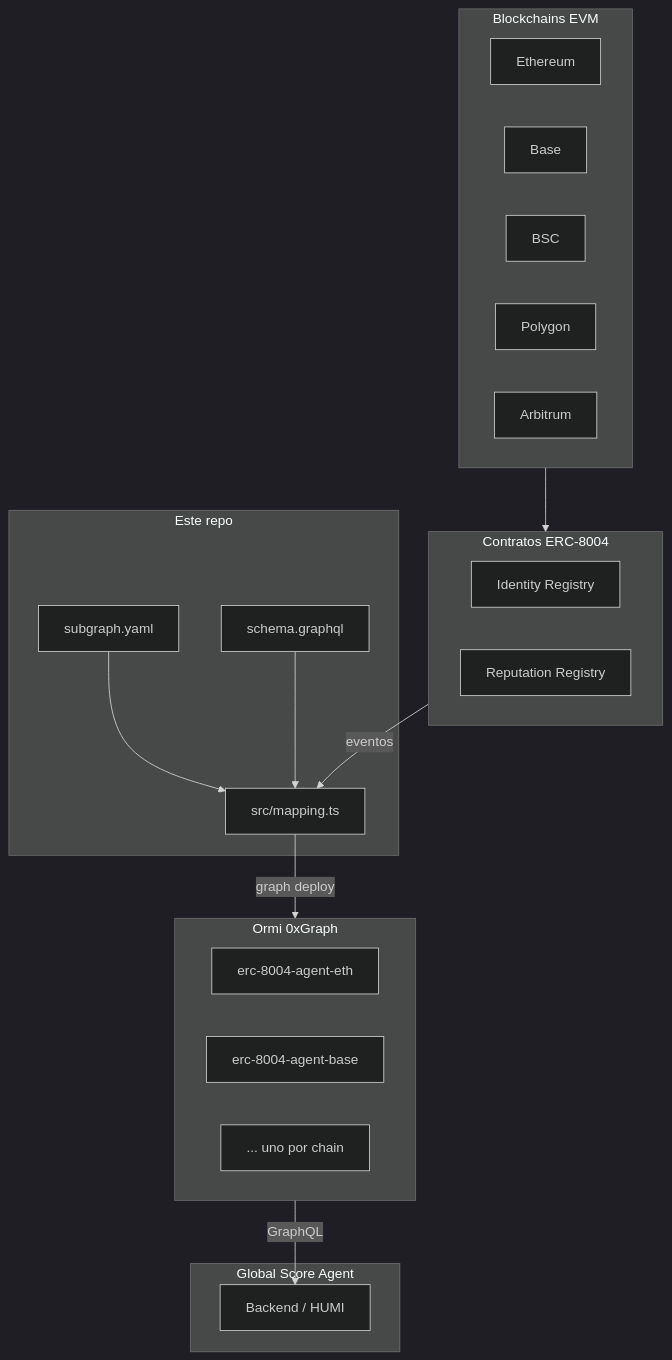
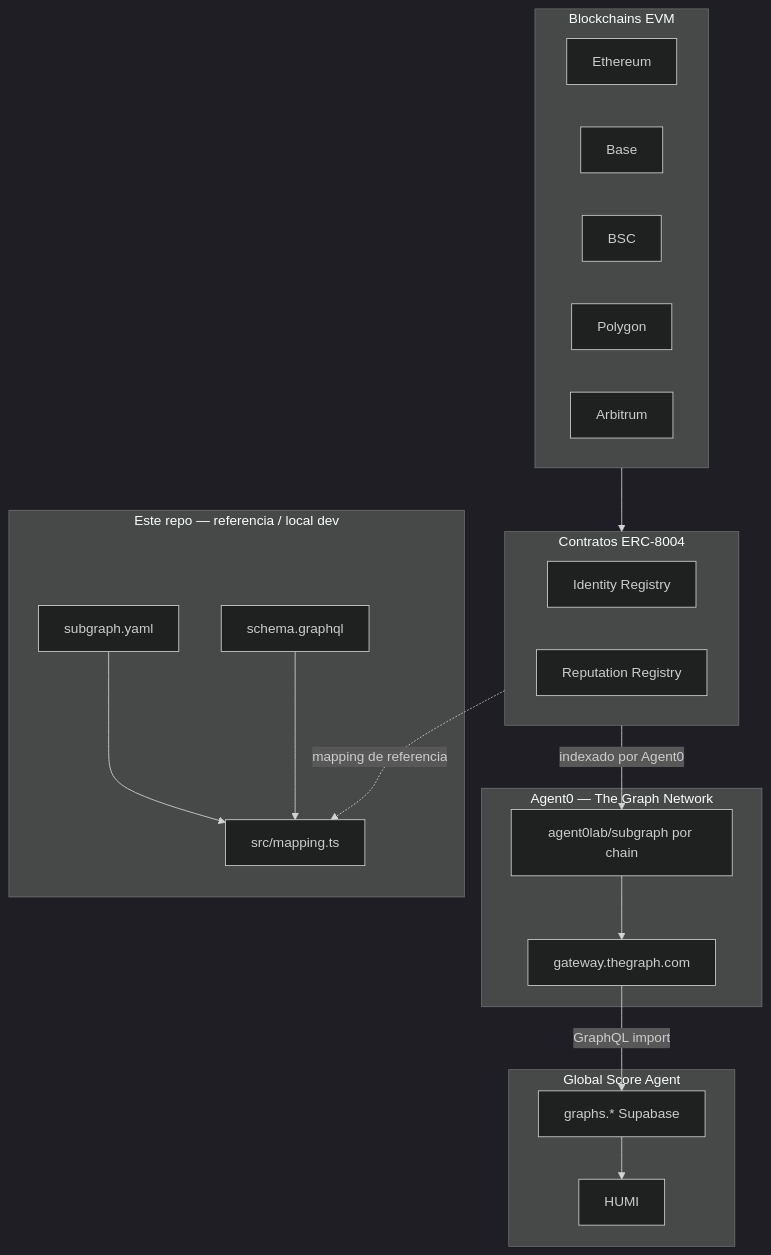
The diagram in docs/arquitectura.md (GlobalScoreAgent/global-score-indexer), drawn with Mermaid (dark theme) before and after one commit. The commit also changed other lines of this file and 69 other files, not shown here.

````diff
--- a/docs/arquitectura.md
+++ b/docs/arquitectura.md
@@ -5,38 +7,39 @@
 ```mermaid
 flowchart TB
   subgraph chains [Blockchains EVM]
     ETH[Ethereum]
     BASE[Base]
     BSC[BSC]
     POLY[Polygon]
     ARB[Arbitrum]
   end
 
   subgraph contracts [Contratos ERC-8004]
     IR[Identity Registry]
     RR[Reputation Registry]
   end
 
-  subgraph indexer [Este repo]
+  subgraph agent0 [Agent0 — The Graph Network]
+    A0[agent0lab/subgraph por chain]
+    GW[gateway.thegraph.com]
+    A0 --> GW
+  end
+
+  subgraph repo [Este repo — referencia / local dev]
     SY[subgraph.yaml]
     MAP[src/mapping.ts]
     SCH[schema.graphql]
   end
 
-  subgraph ormi [Ormi 0xGraph]
-    SG1[erc-8004-agent-eth]
-    SG2[erc-8004-agent-base]
-    SGn[... uno por chain]
-  end
-
   subgraph gsa [Global Score Agent]
-    API[Backend / HUMI]
+    GRAPHS[graphs.* Supabase]
+    HUMI[HUMI]
   end
 
   chains --> contracts
-  contracts -->|eventos| MAP
+  contracts -->|indexado por Agent0| A0
+  contracts -.->|mapping de referencia| MAP
   SY --> MAP
   SCH --> MAP
-  MAP -->|graph deploy| ormi
-  ormi -->|GraphQL| API
+  GW -->|GraphQL import| GRAPHS --> HUMI
 ```
````
